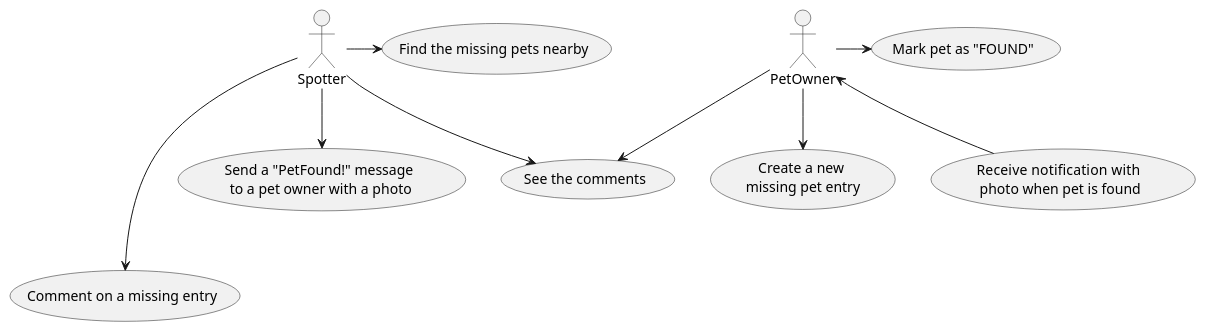
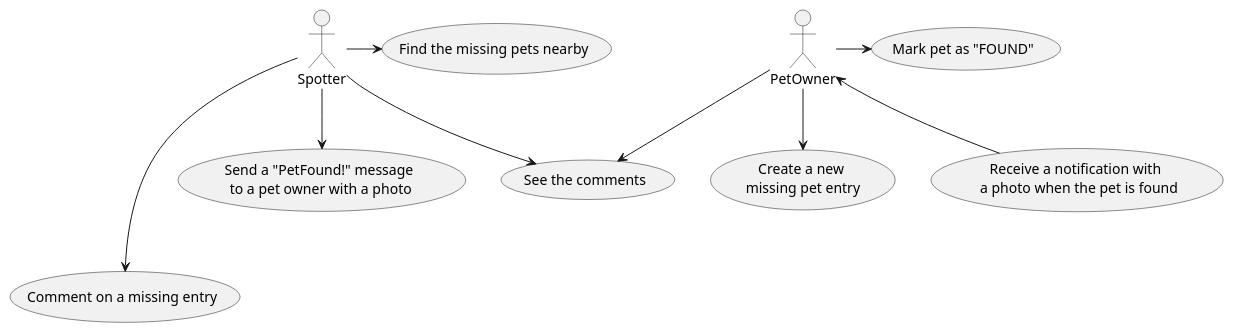
Before and after one commit to erkinkarincaoglu/PetFinder: the diagram in usecases.puml, drawn with PlantUML.

```diff
--- a/usecases.puml
+++ b/usecases.puml
@@ -1,10 +1,10 @@
 @startuml
 Spotter -> (Find the missing pets nearby)
 Spotter ---> (Comment on a missing entry)
 Spotter --> (Send a "PetFound!" message\n to a pet owner with a photo)
 Spotter --> (See the comments)
 PetOwner --> (See the comments)
 PetOwner --> (Create a new \nmissing pet entry)
 PetOwner -> (Mark pet as "FOUND")
-PetOwner <-- (Receive  notification with \nphoto when pet is found)
+PetOwner <-- (Receive a notification with \n a photo when the pet is found)
 @enduml
```
